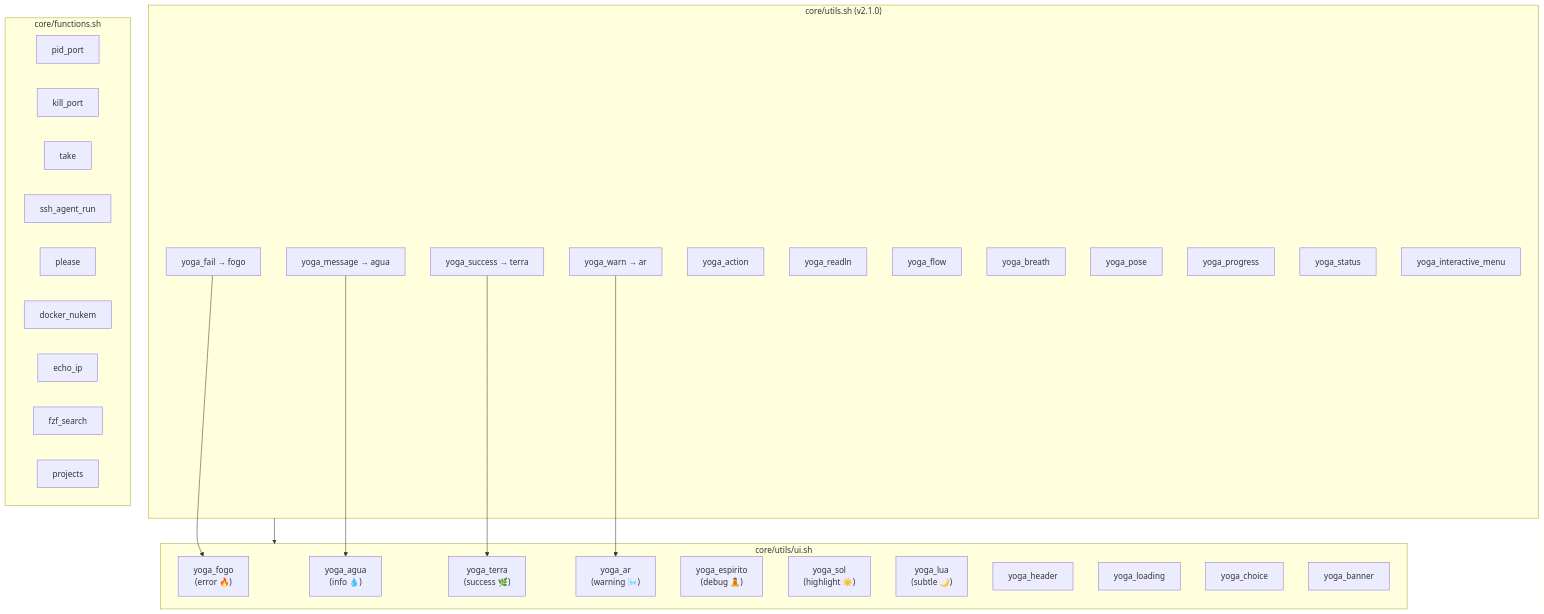
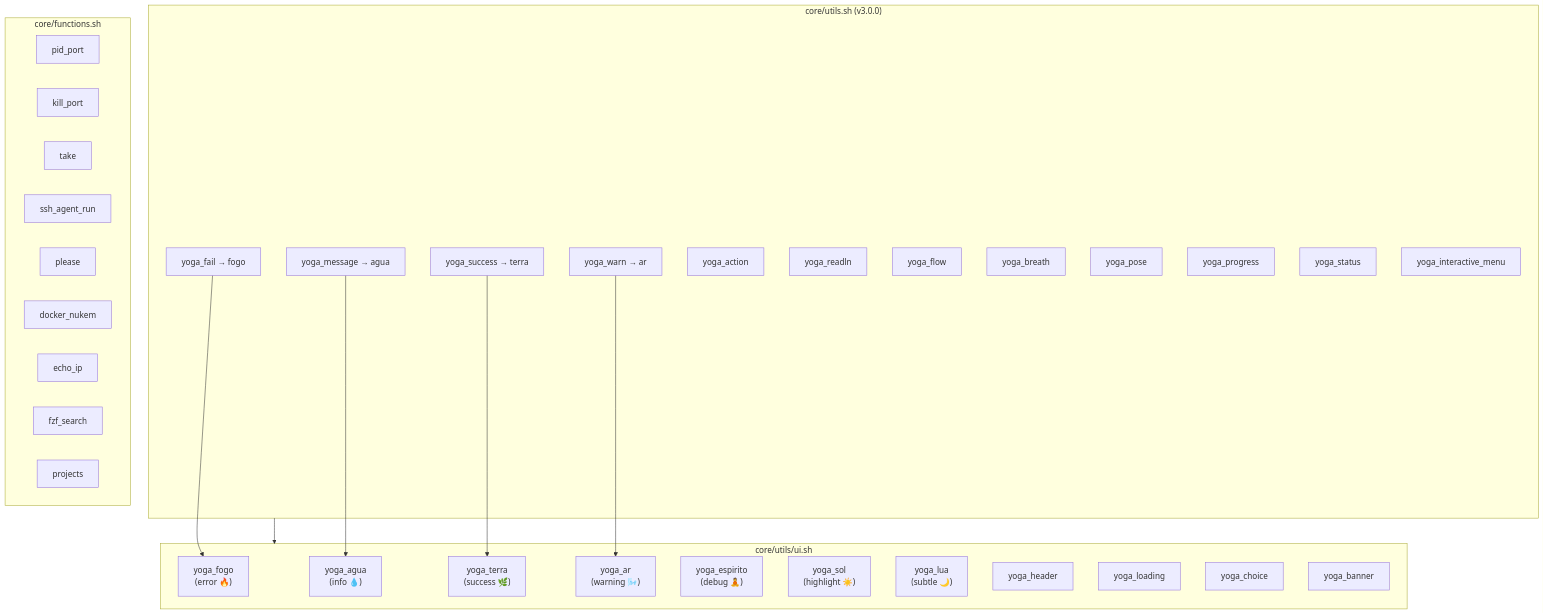
The diagram in docs/yoga/core-functions.md (rodrigocnascimento/yoga-files), drawn with Mermaid before and after one commit. The commit also changed other lines of this file and 17 other files, not shown here.

````diff
--- a/docs/yoga/core-functions.md
+++ b/docs/yoga/core-functions.md
@@ -9,49 +9,49 @@
 ```mermaid
 flowchart TD
     subgraph UI["core/utils/ui.sh"]
         yoga_fogo["yoga_fogo<br/>(error 🔥)"]
         yoga_agua["yoga_agua<br/>(info 💧)"]
         yoga_terra["yoga_terra<br/>(success 🌿)"]
         yoga_ar["yoga_ar<br/>(warning 🌬️)"]
         yoga_espirito["yoga_espirito<br/>(debug 🧘)"]
         yoga_sol["yoga_sol<br/>(highlight ☀️)"]
         yoga_lua["yoga_lua<br/>(subtle 🌙)"]
         yoga_header["yoga_header"]
         yoga_loading["yoga_loading"]
         yoga_choice["yoga_choice"]
         yoga_banner["yoga_banner"]
     end
 
-    subgraph Utils["core/utils.sh (v2.1.0)"]
+    subgraph Utils["core/utils.sh (v3.0.0)"]
         yoga_fail["yoga_fail → fogo"]
         yoga_success_leg["yoga_success → terra"]
         yoga_message["yoga_message → agua"]
         yoga_warn["yoga_warn → ar"]
         yoga_action["yoga_action"]
         yoga_readln["yoga_readln"]
         yoga_flow["yoga_flow"]
         yoga_breath["yoga_breath"]
         yoga_pose["yoga_pose"]
         yoga_progress["yoga_progress"]
         yoga_status["yoga_status"]
         yoga_interactive_menu["yoga_interactive_menu"]
     end
 
     subgraph Functions["core/functions.sh"]
         pid_port["pid_port"]
         kill_port["kill_port"]
         take["take"]
         ssh_agent_run["ssh_agent_run"]
         please["please"]
         docker_nukem["docker_nukem"]
         echo_ip["echo_ip"]
         fzf_search["fzf_search"]
         projects["projects"]
     end
 
     Utils --> UI
     yoga_fail --> yoga_fogo
     yoga_success_leg --> yoga_terra
     yoga_message --> yoga_agua
     yoga_warn --> yoga_ar
 ```
````
